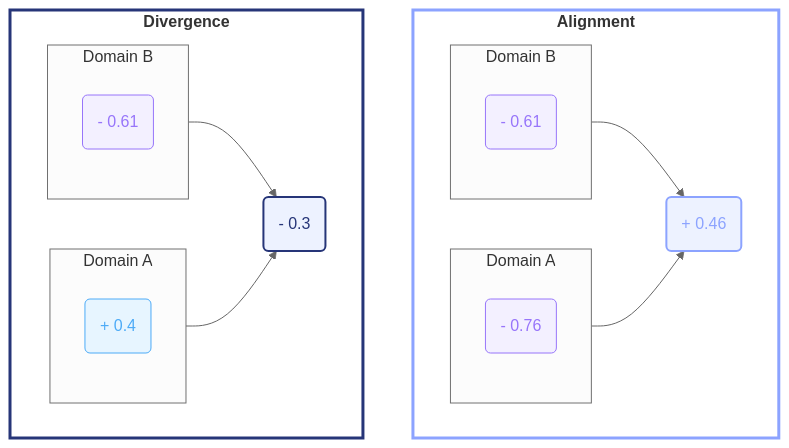
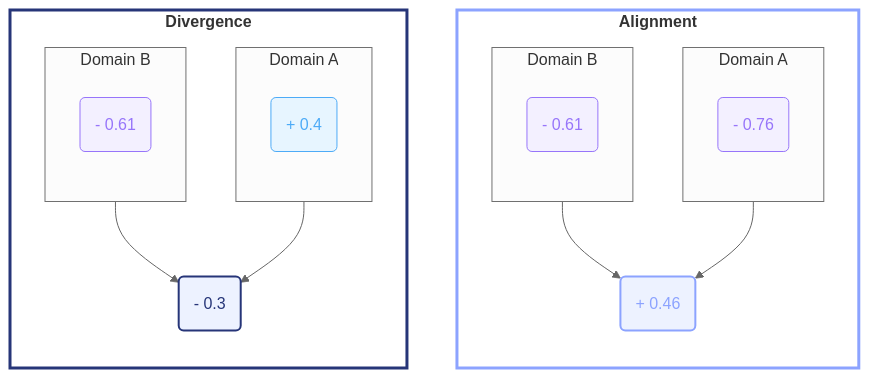
One commit to clairemira/miranova changed the sixth of 10 diagrams in content/commons/01-overview.mdx. Above: the diagram before and after it, drawn with Mermaid. The commit also changed other lines of this file and 2 other files, not shown here.

````diff
--- a/content/commons/01-overview.mdx
+++ b/content/commons/01-overview.mdx
@@ -626,62 +641,62 @@
 ```mermaid
 ---
 config:
   flowchart:
     curve: basis
   theme: neutral
 ---
 flowchart TB
   subgraph ALI["<strong>Alignment</strong>"]
-    direction LR
+    direction TD
 
     subgraph DA["Domain A"]
       direction TB
       L1("- 0.76")
     end
 
     PROD1("+ 0.46")
 
     subgraph DB["Domain B"]
       direction TB
 
       L2("- 0.61")
     end
   end
 
   L1 --> PROD1
   L2 --> PROD1
 
   subgraph DIV["<strong>Divergence</strong>"]
-    direction LR
+    direction TD
 
     subgraph DA2["Domain A"]
       direction TB
 
       L3("+ 0.4")
     end
 
     PROD2("- 0.3")
 
     subgraph DB2["Domain B"]
       direction TB
 
       L4("- 0.61")
     end
   end
 
   L3 --> PROD2
   L4 --> PROD2
 
   classDef blueNode fill:#e7f5ff,stroke:#4dabf7,color:#4dabf7
   classDef violetNode fill:#f3f0ff,stroke:#9775fa,color:#9775fa
   classDef aliNode fill:#edf2ff,stroke:#8ca3ff,color:#8ca3ff,stroke-width:2px
   classDef divNode fill:#edf2ff,stroke:#263578,color:#263578,stroke-width:2px
 
   class L3 blueNode
   class L1,L2,L4 violetNode
   class PROD1 aliNode
   class PROD2 divNode
 
   style ALI fill:transparent,stroke:#8ca3ff,stroke-width:3px
   style DIV fill:transparent,stroke:#263578,stroke-width:3px
 ```
````
